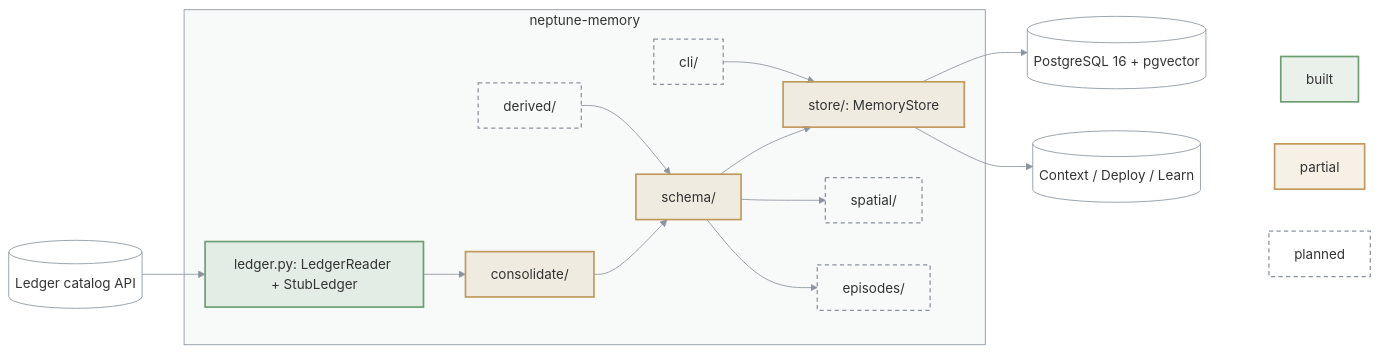
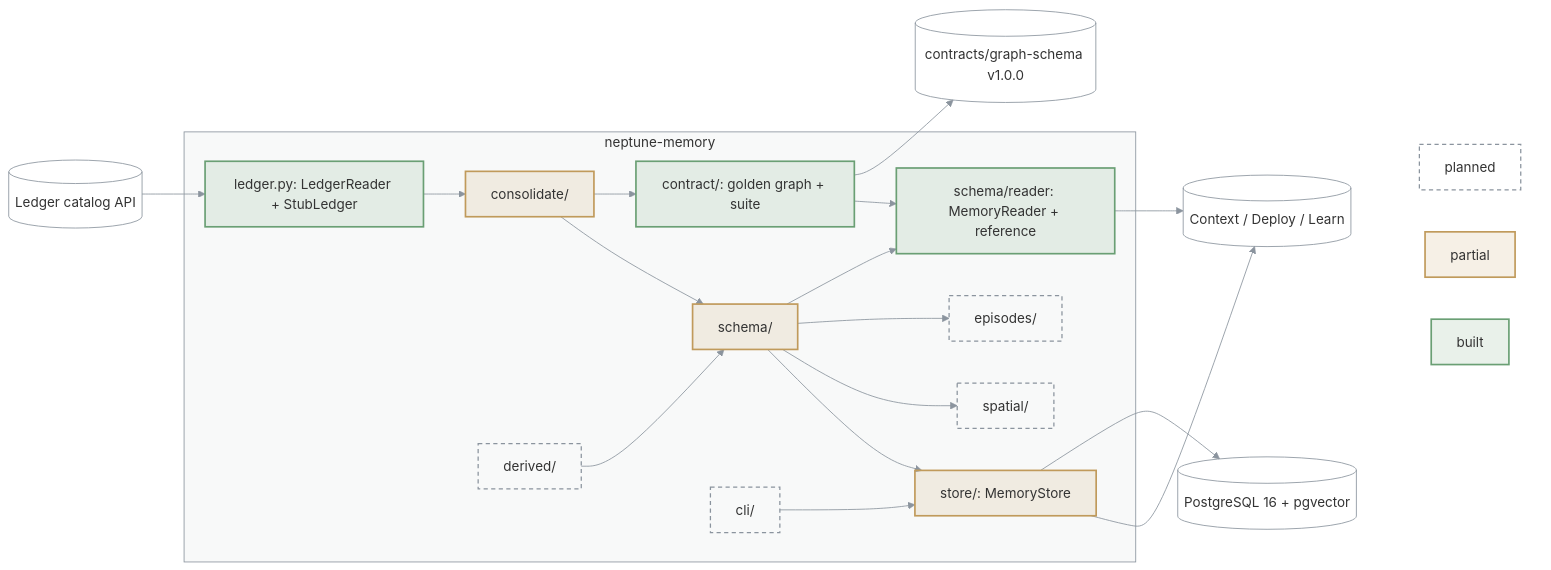
Before and after one commit to bennytay/neptune: the diagram in packages/neptune-memory/ARCHITECTURE.md, drawn with Mermaid. The commit also changed 47 other files, not shown here.

First line of the commit message:
Graph-schema contract package: typed claims and nodes, JSON Schema export, downstream contract tests (#60)

````diff
--- a/packages/neptune-memory/ARCHITECTURE.md
+++ b/packages/neptune-memory/ARCHITECTURE.md
@@ -3,43 +3,48 @@
 ```mermaid
 flowchart LR
   LED[("Ledger catalog API")]
   PG[("PostgreSQL 16 + pgvector")]
   subgraph M["neptune-memory"]
     SEAM["ledger.py: LedgerReader + StubLedger"]
     CON["consolidate/"]
     DER["derived/"]
     SCH["schema/"]
+    RD["schema/reader: MemoryReader + reference"]
+    CT["contract/: golden graph + suite"]
     STO["store/: MemoryStore"]
     SPA["spatial/"]
     EPI["episodes/"]
     CLI["cli/"]
   end
   OUT[("Context / Deploy / Learn")]
   LED --> SEAM --> CON --> SCH --> STO
   DER --> SCH
   SCH --> SPA & EPI
+  SCH --> RD --> OUT
+  CON --> CT --> RD
+  CT --> REG[("contracts/graph-schema v1.0.0")]
   STO --> OUT
   CLI --> STO
   STO --> PG
 
   subgraph KEY[" "]
     K1["built"]
     K2["partial"]
     K3["planned"]
   end
   OUT ~~~ K1 & K2 & K3
 
   classDef built fill:#6a9f7426,stroke:#6a9f74,stroke-width:2px
   classDef partial fill:#c09a5b26,stroke:#c09a5b,stroke-width:2px
   classDef todo fill:none,stroke:#8b949e,stroke-width:1.5px,stroke-dasharray:5 4
   classDef ext fill:none,stroke:#8b949e,stroke-width:1px
   class K1 built
   class K2 partial
   class DER,SPA,EPI,CLI,K3 todo
   class CON,SCH,STO partial
-  class SEAM built
-  class LED,OUT,PG ext
+  class SEAM,RD,CT built
+  class LED,OUT,PG,REG ext
   style M fill:#8b949e0f,stroke:#8b949e
   style KEY fill:none,stroke:none
   linkStyle default stroke:#8b949e
 ```
````
